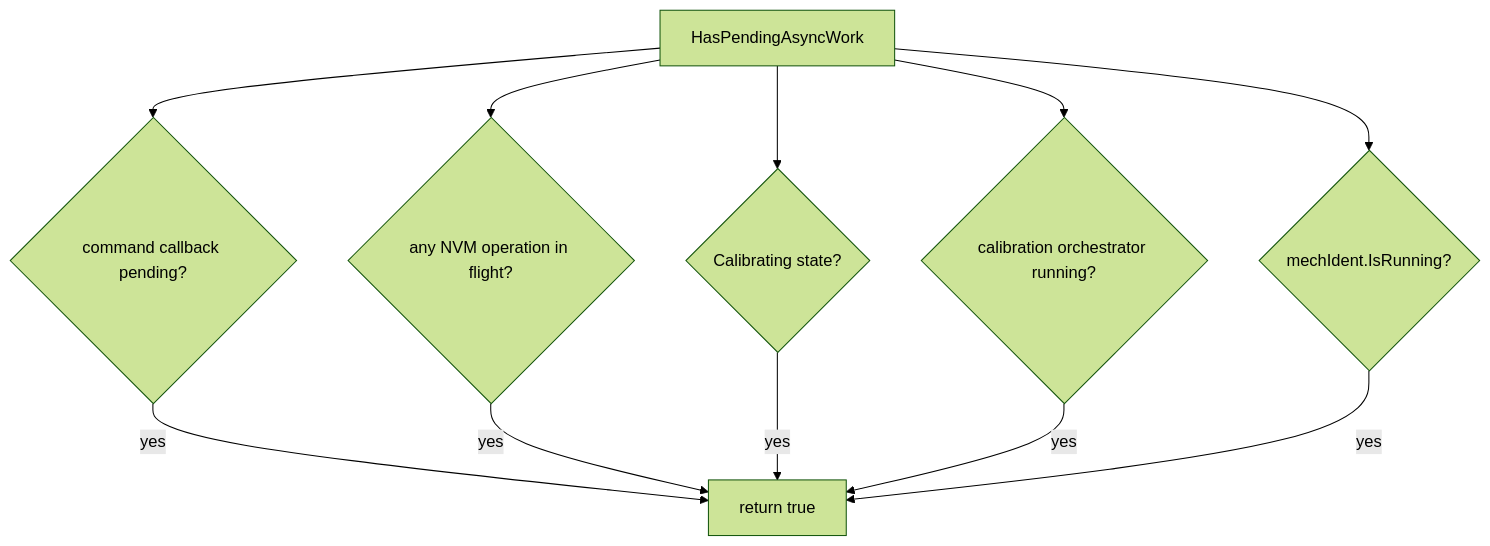
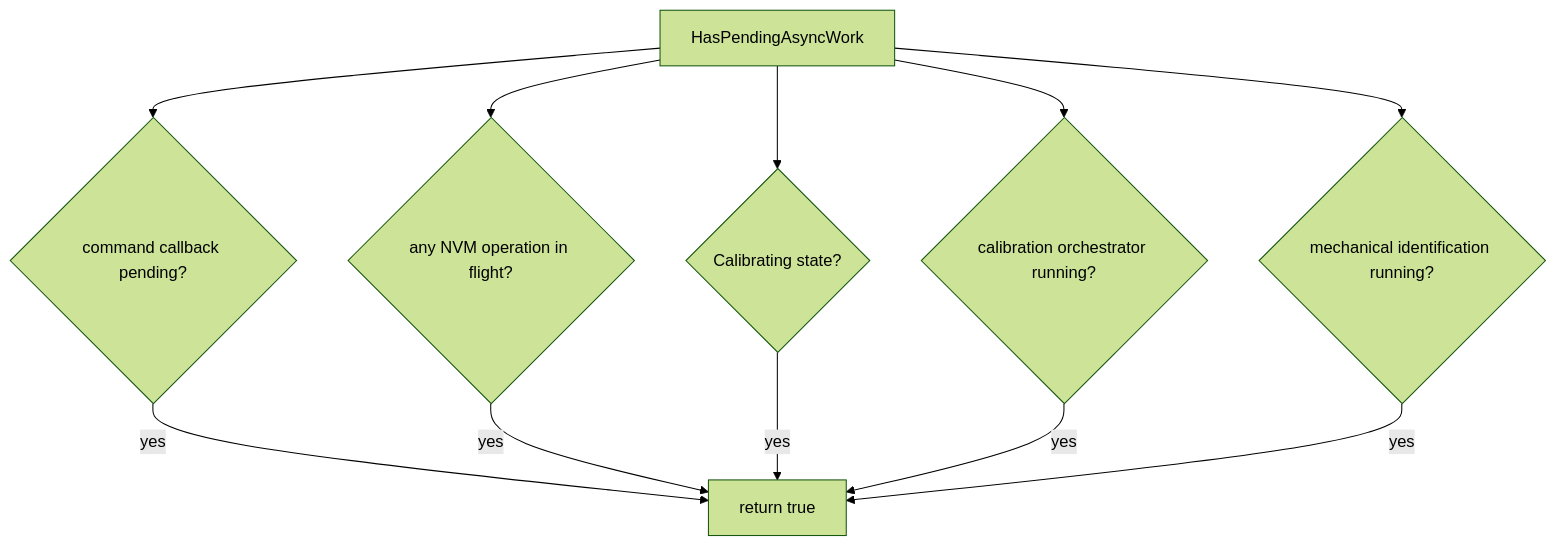
The third of 6 diagrams in documentation/design/async-callback-lifetime.md (embedded-pro/e-foc), drawn with Mermaid (forest theme) before and after one commit. The commit also changed other lines of this file and 34 other files, not shown here.

````diff
--- a/documentation/design/async-callback-lifetime.md
+++ b/documentation/design/async-callback-lifetime.md
@@ -90,13 +90,13 @@
 ```mermaid
 graph TD
     A[HasPendingAsyncWork] --> B{command callback pending?}
     A --> C{any NVM operation in flight?}
     A --> D{Calibrating state?}
     A --> E{calibration orchestrator running?}
-    A --> F{mechIdent.IsRunning?}
+    A --> F{mechanical identification running?}
     B -- yes --> G[return true]
     C -- yes --> G
     D -- yes --> G
     E -- yes --> G
     F -- yes --> G
 ```
````
